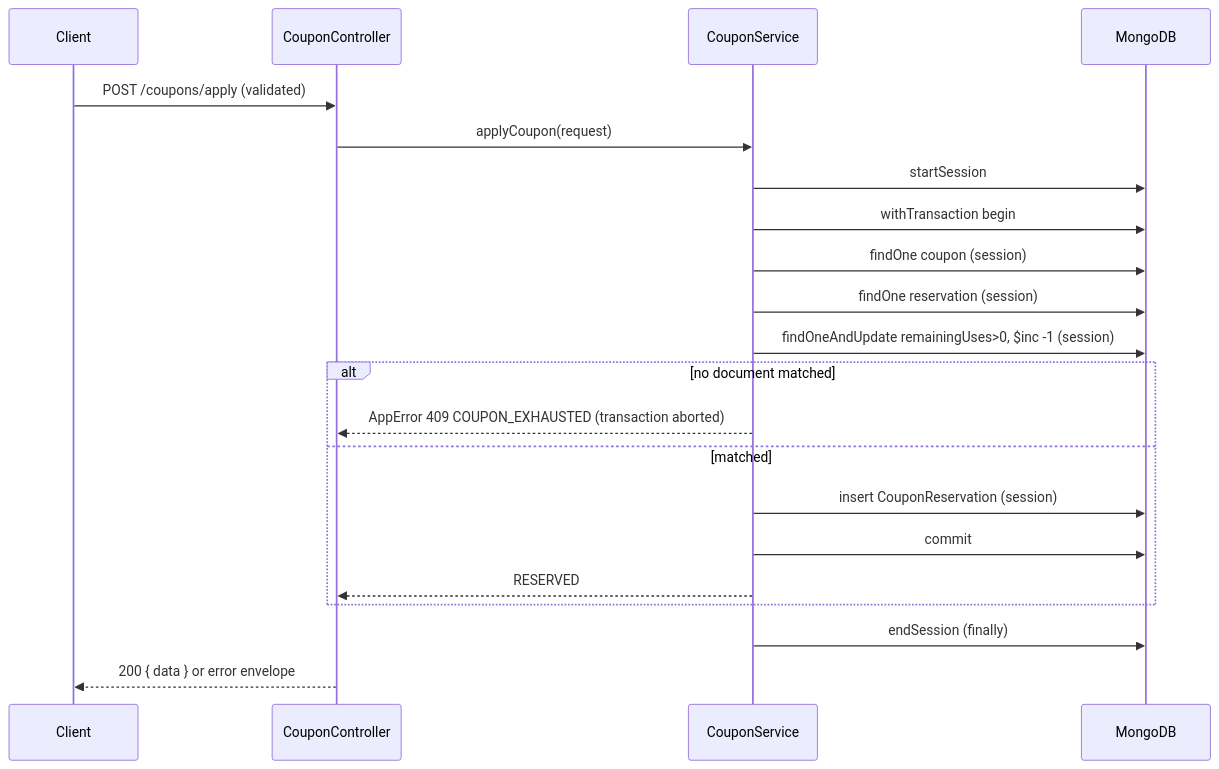
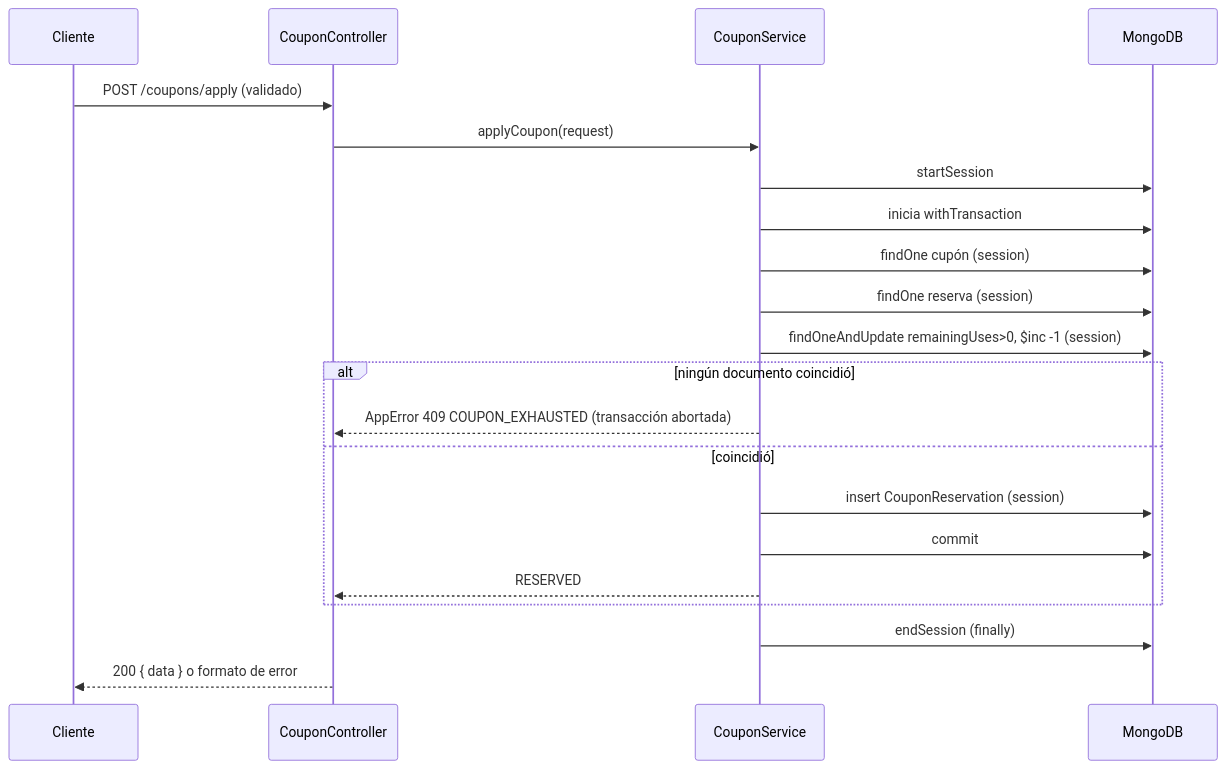
One commit to Tagle-Azca/DynamicPricing changed the third of 9 diagrams in docs/ARCHITECTURE.md. Above: the diagram before and after it, drawn with Mermaid. The commit also changed other lines of this file and 64 other files, not shown here.

````diff
--- a/docs/ARCHITECTURE.md
+++ b/docs/ARCHITECTURE.md
@@ -57,23 +59,23 @@
 ```mermaid
 sequenceDiagram
-  participant C as Client
+  participant C as Cliente
   participant K as CouponController
   participant S as CouponService
   participant DB as MongoDB
-  C->>K: POST /coupons/apply (validated)
+  C->>K: POST /coupons/apply (validado)
   K->>S: applyCoupon(request)
   S->>DB: startSession
-  S->>DB: withTransaction begin
-  S->>DB: findOne coupon (session)
-  S->>DB: findOne reservation (session)
+  S->>DB: inicia withTransaction
+  S->>DB: findOne cupón (session)
+  S->>DB: findOne reserva (session)
   S->>DB: findOneAndUpdate remainingUses>0, $inc -1 (session)
-  alt no document matched
-    S-->>K: AppError 409 COUPON_EXHAUSTED (transaction aborted)
-  else matched
+  alt ningún documento coincidió
+    S-->>K: AppError 409 COUPON_EXHAUSTED (transacción abortada)
+  else coincidió
     S->>DB: insert CouponReservation (session)
     S->>DB: commit
     S-->>K: RESERVED
   end
   S->>DB: endSession (finally)
-  K-->>C: 200 { data } or error envelope
+  K-->>C: 200 { data } o formato de error
 ```
````
